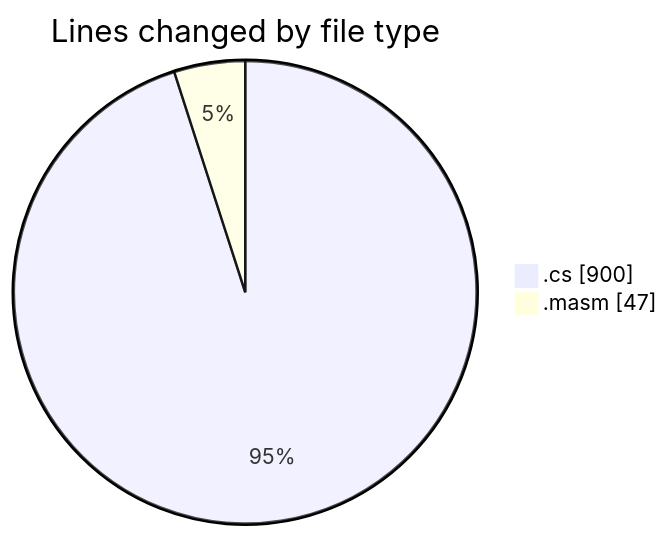
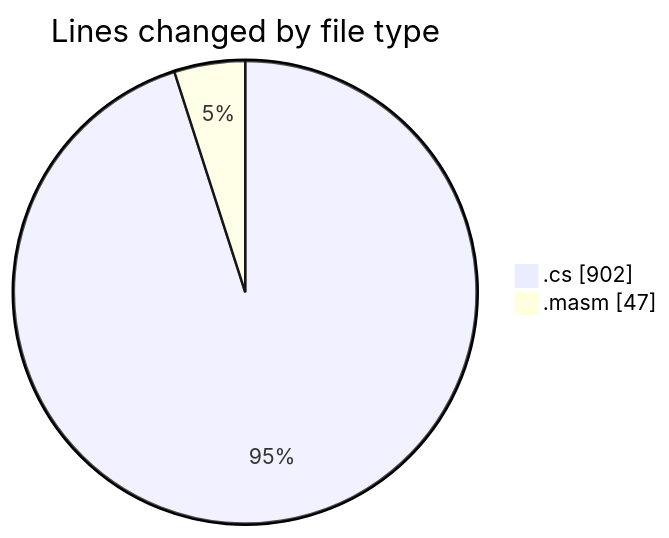
Before and after one commit to charlie-sans/code-tracking: the first of 2 diagrams in 2025-03-19/sharpmasm/README.md, drawn with Mermaid. The commit also changed other lines of this file and 1 other file, not shown here.

````diff
--- a/2025-03-19/sharpmasm/README.md
+++ b/2025-03-19/sharpmasm/README.md
@@ -24,6 +24,6 @@
 ```mermaid
 pie showData
 title Lines changed by file type
-".cs" : 900
+".cs" : 902
 ".masm" : 47
 ```
````
